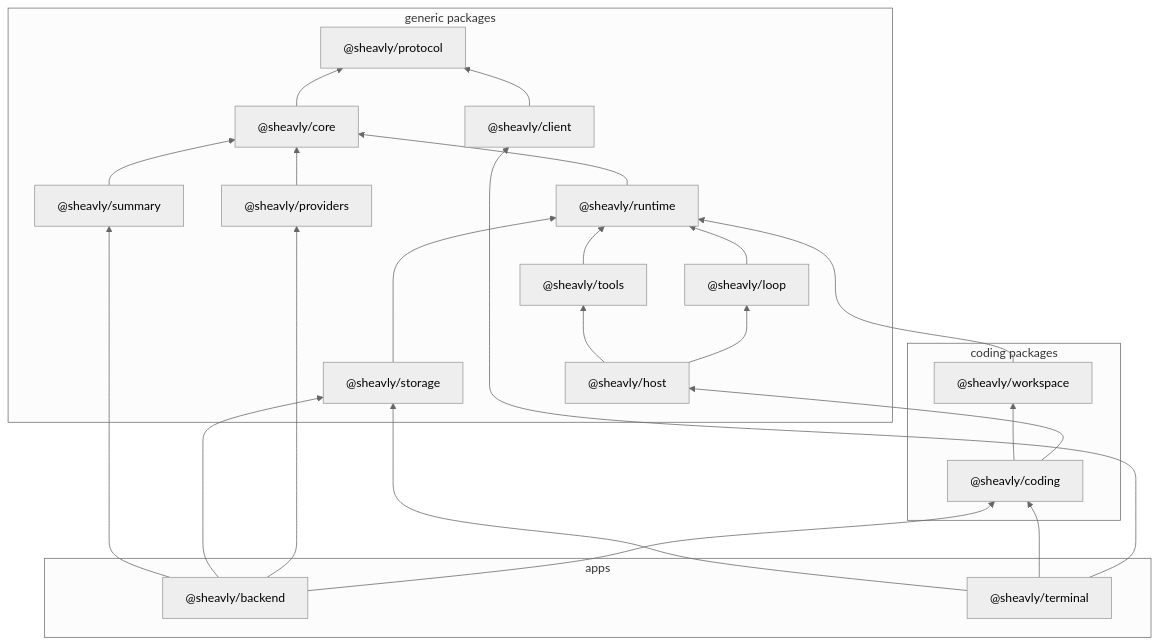
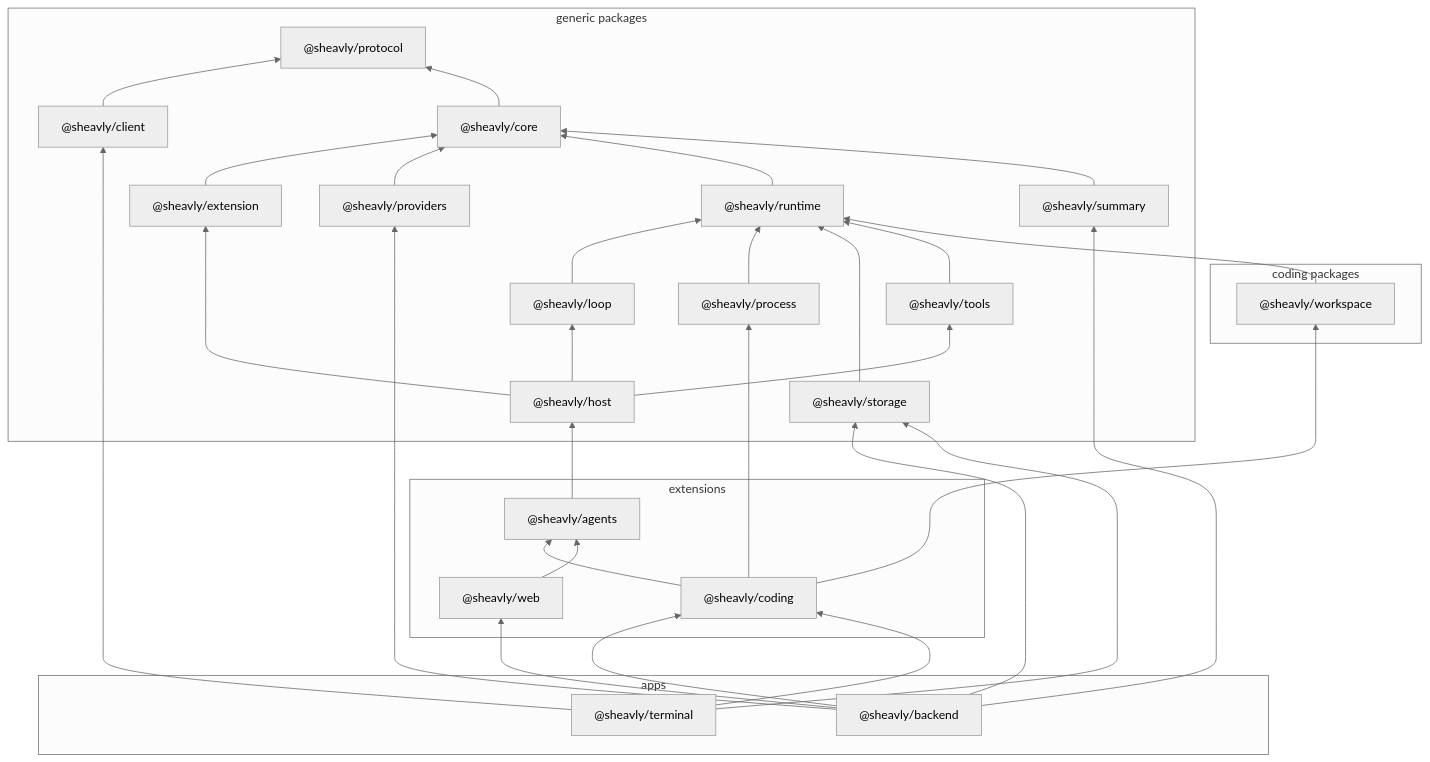
Before and after one commit to Sheavly/code: the diagram in docs/overview.md, drawn with Mermaid (neutral theme). The commit also changed other lines of this file and 479 other files, not shown here.

First line of the commit message:
feat(extension): add an Extension contract and make coding one (#333)

````diff
--- a/docs/overview.md
+++ b/docs/overview.md
@@ -35,43 +35,56 @@
 ```mermaid
 flowchart BT
   subgraph group_generic ["generic packages"]
     client["@sheavly/client"]
     core["@sheavly/core"]
+    extension["@sheavly/extension"]
     host["@sheavly/host"]
     loop["@sheavly/loop"]
+    process["@sheavly/process"]
     protocol["@sheavly/protocol"]
     providers["@sheavly/providers"]
     runtime["@sheavly/runtime"]
     storage["@sheavly/storage"]
     summary["@sheavly/summary"]
     tools["@sheavly/tools"]
   end
   subgraph group_coding ["coding packages"]
+    workspace["@sheavly/workspace"]
+  end
+  subgraph group_extensions ["extensions"]
+    agents["@sheavly/agents"]
     coding["@sheavly/coding"]
-    workspace["@sheavly/workspace"]
+    web["@sheavly/web"]
   end
   subgraph group_apps ["apps"]
     backend["@sheavly/backend"]
     terminal["@sheavly/terminal"]
   end
+  agents --> host
   backend --> coding
   backend --> providers
   backend --> storage
   backend --> summary
+  backend --> web
   client --> protocol
-  coding --> host
+  coding --> agents
+  coding --> process
   coding --> workspace
   core --> protocol
+  extension --> core
+  host --> extension
   host --> loop
   host --> tools
   loop --> runtime
+  process --> runtime
   providers --> core
   runtime --> core
   storage --> runtime
   summary --> core
   terminal --> client
   terminal --> coding
   terminal --> storage
   tools --> runtime
+  web --> agents
   workspace --> runtime
 ```
````
